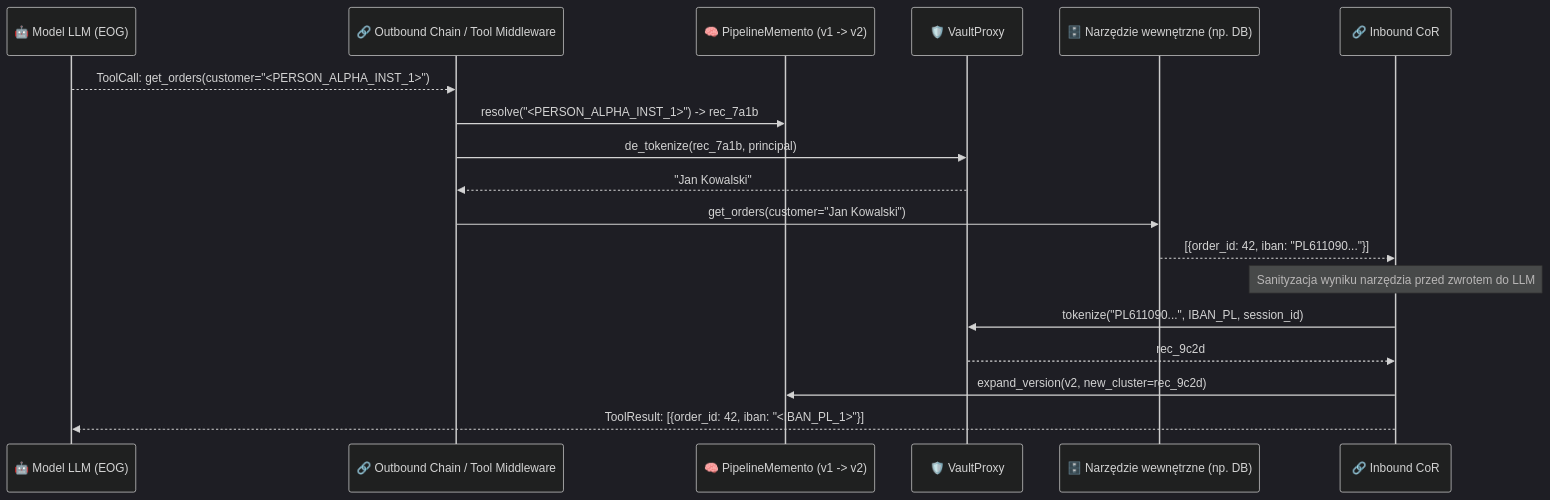
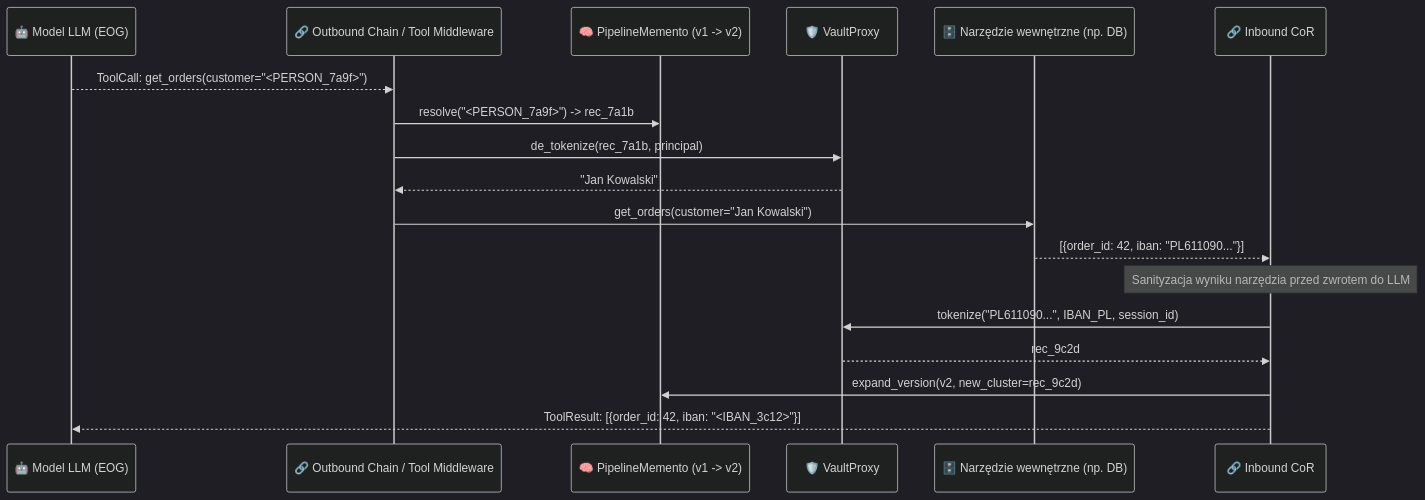
The fourth of 5 diagrams in ARCHITECTURE.md (gniewekk/Privacy-Preserving-Context-Pipeline-for-LLMs-DP), drawn with Mermaid (dark theme) before and after one commit. The commit also changed other lines of this file, not shown here.

````diff
--- a/ARCHITECTURE.md
+++ b/ARCHITECTURE.md
@@ -546,21 +565,21 @@
 ```mermaid
 sequenceDiagram
     participant LLM as 🤖 Model LLM (EOG)
     participant Out as 🔗 Outbound Chain / Tool Middleware
     participant Mem as 🧠 PipelineMemento (v1 -> v2)
     participant Vault as 🛡️ VaultProxy
     participant Tool as 🗄️ Narzędzie wewnętrzne (np. DB)
     participant InCoR as 🔗 Inbound CoR
 
-    LLM-->>Out: ToolCall: get_orders(customer="<PERSON_ALPHA_INST_1>")
-    Out->>Mem: resolve("<PERSON_ALPHA_INST_1>") -> rec_7a1b
+    LLM-->>Out: ToolCall: get_orders(customer="<PERSON_7a9f>")
+    Out->>Mem: resolve("<PERSON_7a9f>") -> rec_7a1b
     Out->>Vault: de_tokenize(rec_7a1b, principal)
     Vault-->>Out: "Jan Kowalski"
     Out->>Tool: get_orders(customer="Jan Kowalski")
     Tool-->>InCoR: [{order_id: 42, iban: "PL611090..."}]
     Note over InCoR: Sanityzacja wyniku narzędzia przed zwrotem do LLM
     InCoR->>Vault: tokenize("PL611090...", IBAN_PL, session_id)
     Vault-->>InCoR: rec_9c2d
     InCoR->>Mem: expand_version(v2, new_cluster=rec_9c2d)
-    InCoR-->>LLM: ToolResult: [{order_id: 42, iban: "<IBAN_PL_1>"}]
+    InCoR-->>LLM: ToolResult: [{order_id: 42, iban: "<IBAN_3c12>"}]
 ```
````
